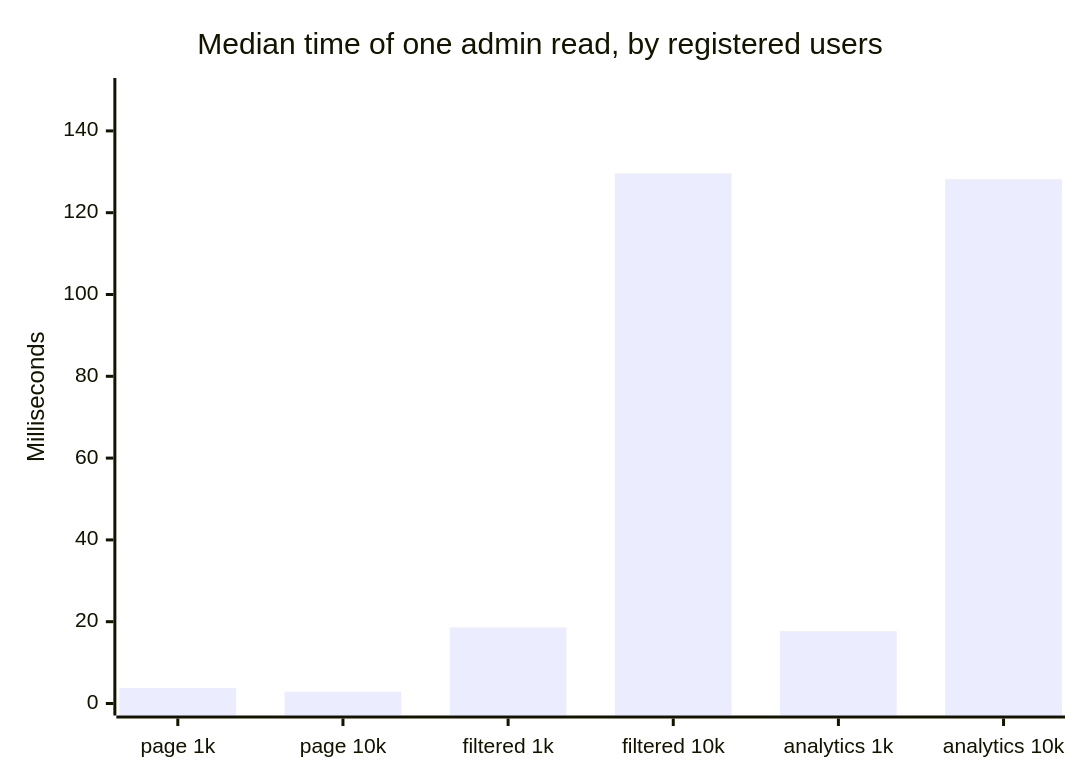
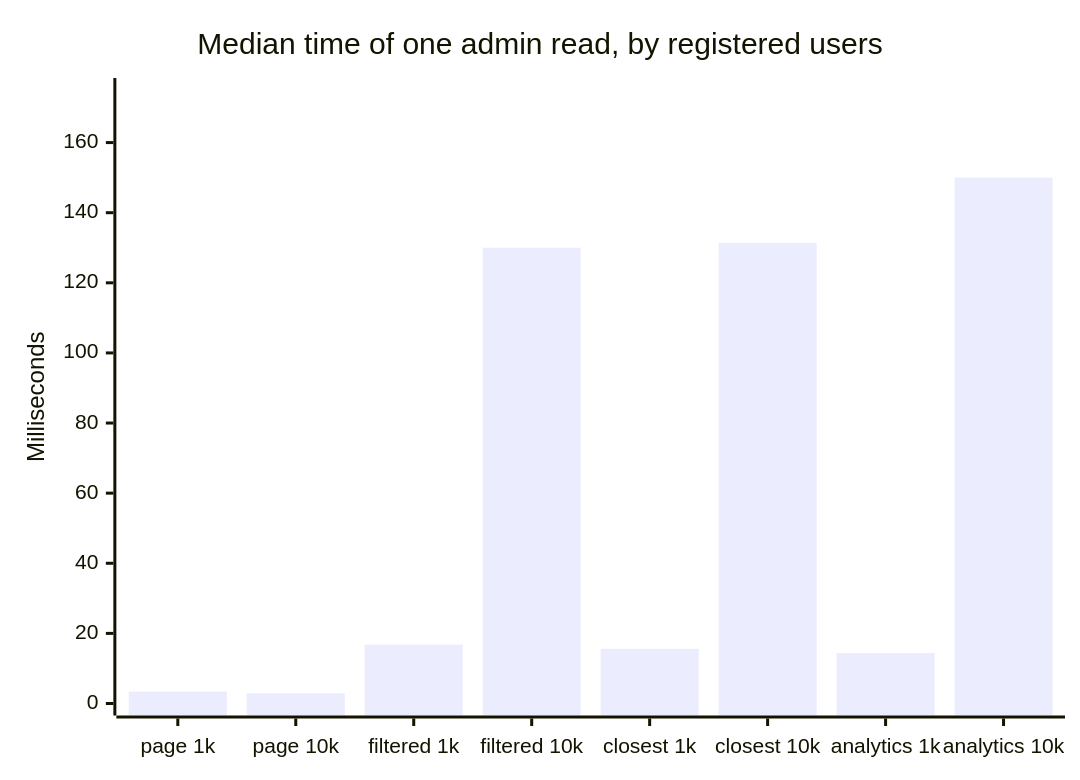
One commit to M4xP4s/bouncer-dashboard changed the fourth of 4 diagrams in README.md. Above: the diagram before and after it, drawn with Mermaid. The commit also changed other lines of this file and 50 other files, not shown here.

````diff
--- a/README.md
+++ b/README.md
@@ -224,7 +225,7 @@
 ```mermaid
 xychart-beta
     title "Median time of one admin read, by registered users"
-    x-axis ["page 1k", "page 10k", "filtered 1k", "filtered 10k", "analytics 1k", "analytics 10k"]
-    y-axis "Milliseconds" 0 --> 150
-    bar [3.8, 2.9, 18.6, 129.6, 17.7, 128.2]
+    x-axis ["page 1k", "page 10k", "filtered 1k", "filtered 10k", "closest 1k", "closest 10k", "analytics 1k", "analytics 10k"]
+    y-axis "Milliseconds" 0 --> 175
+    bar [3.4, 2.9, 16.8, 130, 15.6, 131.4, 14.4, 150]
 ```
````
